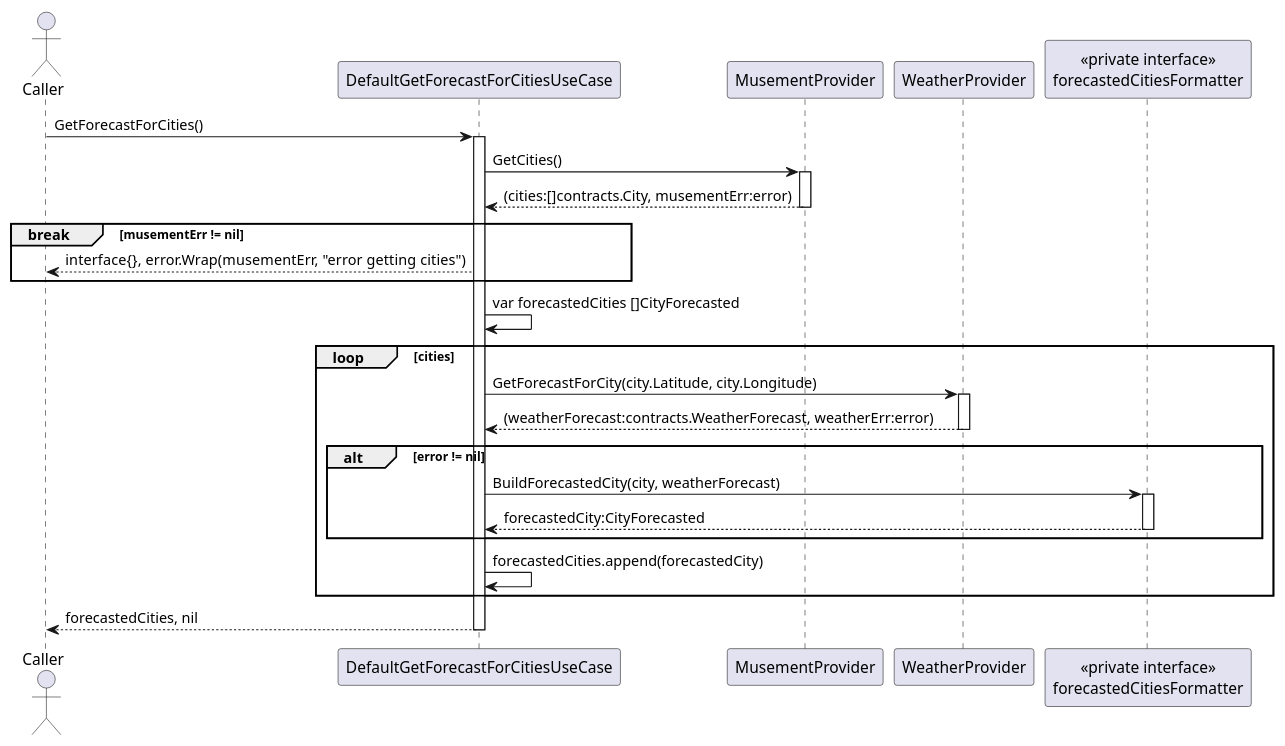
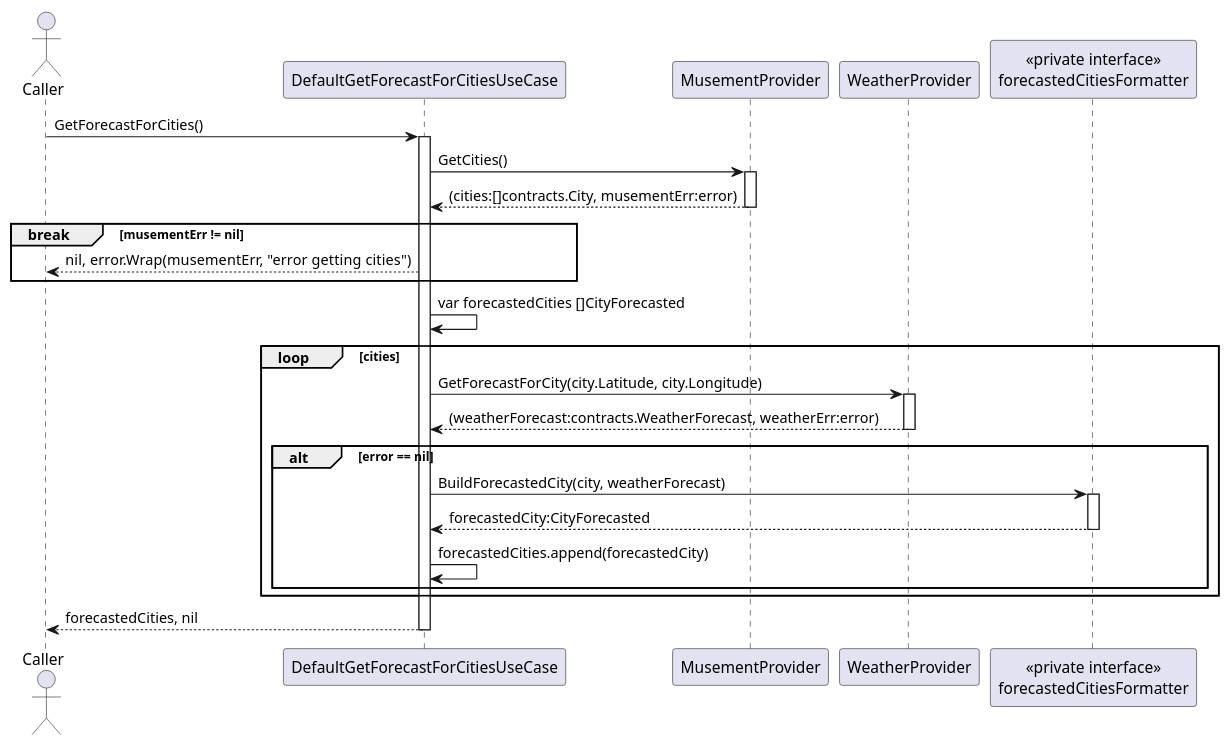
Before and after one commit to micoyeye22/TUITechHomework: the diagram in docs/usecases/getforecastforcities/usecase/default_get_forecast_for_cities_usecase_seq.puml, drawn with PlantUML. The commit also changed 14 other files, not shown here.

Commit message:
Developed usecase, added models and contracts, fixed diagram (#3)

```diff
--- a/docs/usecases/getforecastforcities/usecase/default_get_forecast_for_cities_usecase_seq.puml
+++ b/docs/usecases/getforecastforcities/usecase/default_get_forecast_for_cities_usecase_seq.puml
@@ -1,32 +1,32 @@
 @startuml
 
 actor Caller as C
 participant DefaultGetForecastForCitiesUseCase as UC
 participant MusementProvider as MP
 participant WeatherProvider as WP
 participant "<<private interface>>\nforecastedCitiesFormatter" as FCF
 
 C -> UC : GetForecastForCities()
 activate UC
     UC -> MP : GetCities()
     activate MP
     return (cities:[]contracts.City, musementErr:error)
     break musementErr != nil
-        UC --> C : interface{}, error.Wrap(musementErr, "error getting cities")
+        UC --> C : nil, error.Wrap(musementErr, "error getting cities")
     end
     UC -> UC : var forecastedCities []CityForecasted
     loop cities
         UC -> WP : GetForecastForCity(city.Latitude, city.Longitude)
         activate WP
         return (weatherForecast:contracts.WeatherForecast, weatherErr:error)
-        alt error != nil
+        alt error == nil
             UC -> FCF : BuildForecastedCity(city, weatherForecast)
             activate FCF
             return forecastedCity:CityForecasted
+            UC -> UC : forecastedCities.append(forecastedCity)
         end
-        UC -> UC : forecastedCities.append(forecastedCity)
     end
     UC --> C : forecastedCities, nil
 deactivate
 
 @enduml
```
